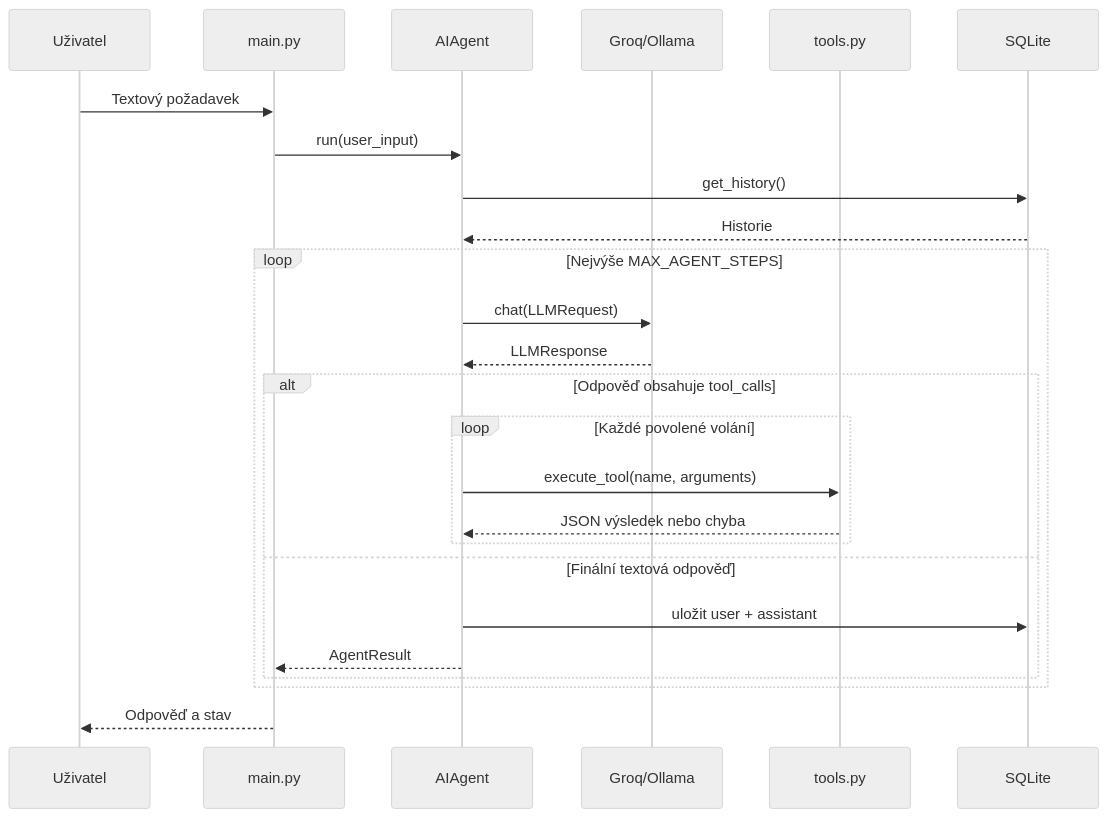
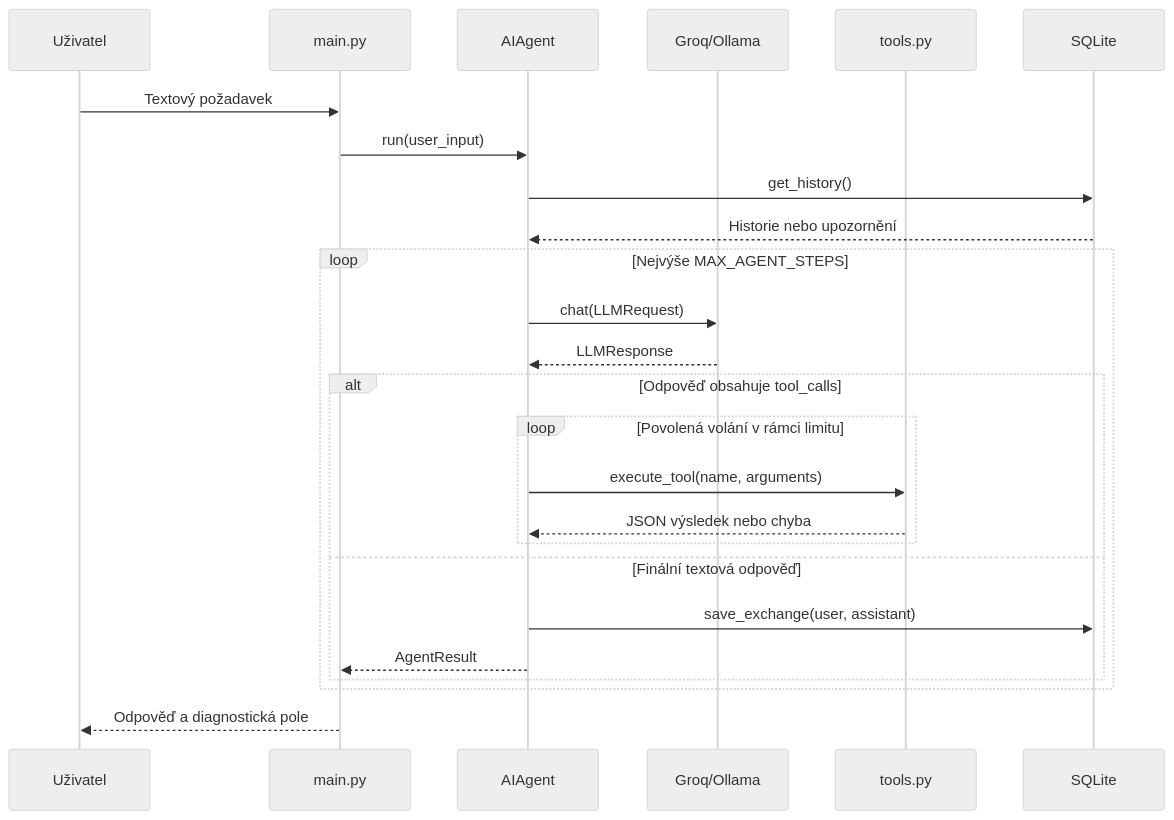
One commit to Hmyzaak/dark-spooky-superstition changed the second of 2 diagrams in ARCHITECTURE.md. Above: the diagram before and after it, drawn with Mermaid (neutral theme). The commit also changed other lines of this file and 2 other files, not shown here.

````diff
--- a/ARCHITECTURE.md
+++ b/ARCHITECTURE.md
@@ -139,28 +155,28 @@
 ```mermaid
 sequenceDiagram
     participant User as Uživatel
     participant Main as main.py
     participant Agent as AIAgent
     participant LLM as Groq/Ollama
     participant Tools as tools.py
     participant Memory as SQLite
 
     User->>Main: Textový požadavek
     Main->>Agent: run(user_input)
     Agent->>Memory: get_history()
-    Memory-->>Agent: Historie
+    Memory-->>Agent: Historie nebo upozornění
     loop Nejvýše MAX_AGENT_STEPS
         Agent->>LLM: chat(LLMRequest)
         LLM-->>Agent: LLMResponse
         alt Odpověď obsahuje tool_calls
-            loop Každé povolené volání
+            loop Povolená volání v rámci limitu
                 Agent->>Tools: execute_tool(name, arguments)
                 Tools-->>Agent: JSON výsledek nebo chyba
             end
         else Finální textová odpověď
-            Agent->>Memory: uložit user + assistant
+            Agent->>Memory: save_exchange(user, assistant)
             Agent-->>Main: AgentResult
         end
     end
-    Main-->>User: Odpověď a stav
+    Main-->>User: Odpověď a diagnostická pole
 ```
````
